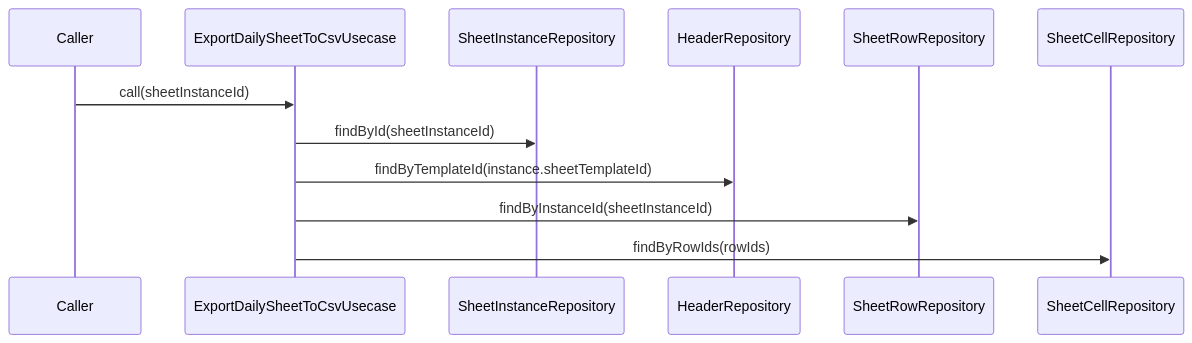
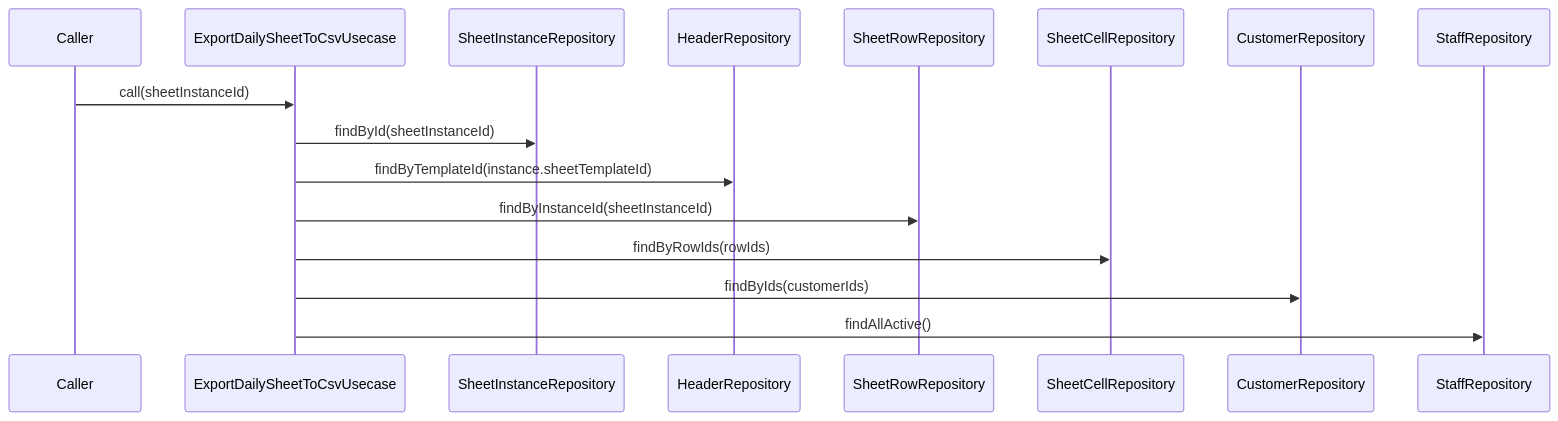
Before and after one commit to MinamiyamaKotaro/m3_pad: the diagram in docs/design/lib/src/features/voucher/domain/usecases/export_daily_sheet_to_csv_usecase.md, drawn with Mermaid. The commit also changed other lines of this file and 21 other files, not shown here.

````diff
--- a/docs/design/lib/src/features/voucher/domain/usecases/export_daily_sheet_to_csv_usecase.md
+++ b/docs/design/lib/src/features/voucher/domain/usecases/export_daily_sheet_to_csv_usecase.md
@@ -14,15 +15,19 @@
 ```mermaid
 sequenceDiagram
     participant C as Caller
     participant U as ExportDailySheetToCsvUsecase
     participant SIR as SheetInstanceRepository
     participant HR as HeaderRepository
     participant SRR as SheetRowRepository
     participant SCR as SheetCellRepository
+    participant CR as CustomerRepository
+    participant STR as StaffRepository
 
     C->>U: call(sheetInstanceId)
     U->>SIR: findById(sheetInstanceId)
     U->>HR: findByTemplateId(instance.sheetTemplateId)
     U->>SRR: findByInstanceId(sheetInstanceId)
     U->>SCR: findByRowIds(rowIds)
+    U->>CR: findByIds(customerIds)
+    U->>STR: findAllActive()
 ```
````
